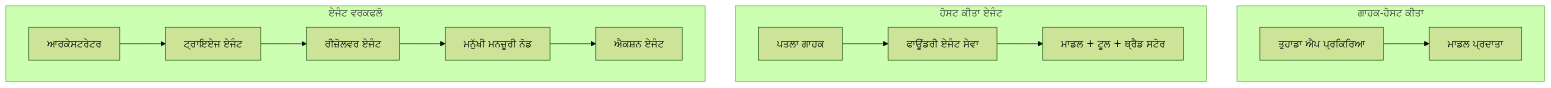
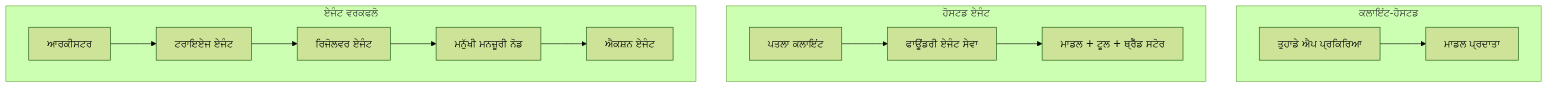
Before and after one commit to gabrielmoreira/agent-skills-mirror: the first of 4 diagrams in mirrors/repos/microsoft@ai-agents-for-beginners/translations/pa/16-deploying-scalable-agents/README.md, drawn with Mermaid (forest theme). The commit also changed other lines of this file and 4262 other files, not shown here.

````diff
--- a/mirrors/repos/microsoft@ai-agents-for-beginners/translations/pa/16-deploying-scalable-agents/README.md
+++ b/mirrors/repos/microsoft@ai-agents-for-beginners/translations/pa/16-deploying-scalable-agents/README.md
@@ -87,16 +87,16 @@
 ```mermaid
 flowchart TB
-    subgraph P1[ਗਾਹਕ-ਹੋਸਟ ਕੀਤਾ]
-        A1[ਤੁਹਾਡਾ ਐਪ ਪ੍ਰਕਿਰਿਆ] --> M1[ਮਾਡਲ ਪ੍ਰਦਾਤਾ]
+    subgraph P1[ਕਲਾਇਂਟ-ਹੋਸਟਡ]
+        A1[ਤੁਹਾਡੇ ਐਪ ਪ੍ਰਕਿਰਿਆ] --> M1[ਮਾਡਲ ਪ੍ਰਦਾਤਾ]
     end
-    subgraph P2[ਹੋਸਟ ਕੀਤਾ ਏਜੰਟ]
-        A2[ਪਤਲਾ ਗਾਹਕ] --> F2[ਫਾਊਂਡਰੀ ਏਜੰਟ ਸੇਵਾ]
-        F2 --> M2[ਮਾਡਲ + ਟੂਲ + ਥ੍ਰੈਡ ਸਟੋਰ]
+    subgraph P2[ਹੋਸਟਡ ਏਜੰਟ]
+        A2[ਪਤਲਾ ਕਲਾਇਂਟ] --> F2[ਫਾਊਂਡਰੀ ਏਜੰਟ ਸੇਵਾ]
+        F2 --> M2[ਮਾਡਲ + ਟੂਲ + ਥ੍ਰੈੱਡ ਸਟੋਰ]
     end
     subgraph P3[ਏਜੰਟ ਵਰਕਫਲੋ]
-        A3[ਆਰਕੇਸਟਰੇਟਰ] --> S1[ਟ੍ਰਾਇਏਜ ਏਜੰਟ]
-        S1 --> S2[ਰੀਜ਼ੋਲਵਰ ਏਜੰਟ]
+        A3[ਆਰਕੀਸਟਰ] --> S1[ਟਰਾਇਏਜ ਏਜੰਟ]
+        S1 --> S2[ਰਿਜੋਲਵਰ ਏਜੰਟ]
         S2 --> H[ਮਨੁੱਖੀ ਮਨਜ਼ੂਰੀ ਨੋਡ]
         H --> S3[ਐਕਸ਼ਨ ਏਜੰਟ]
     end
 ```
````
